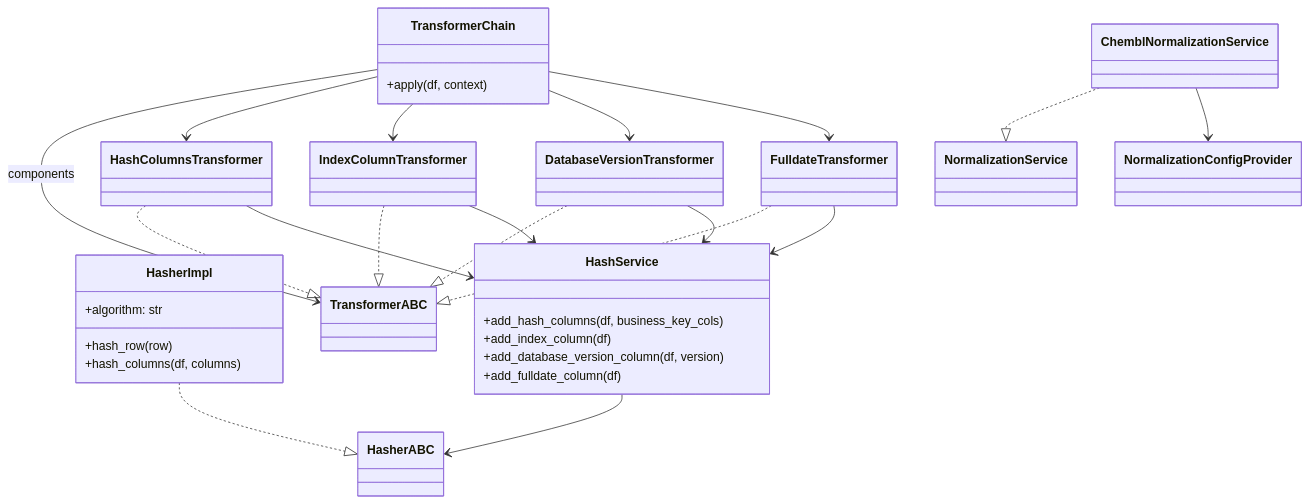
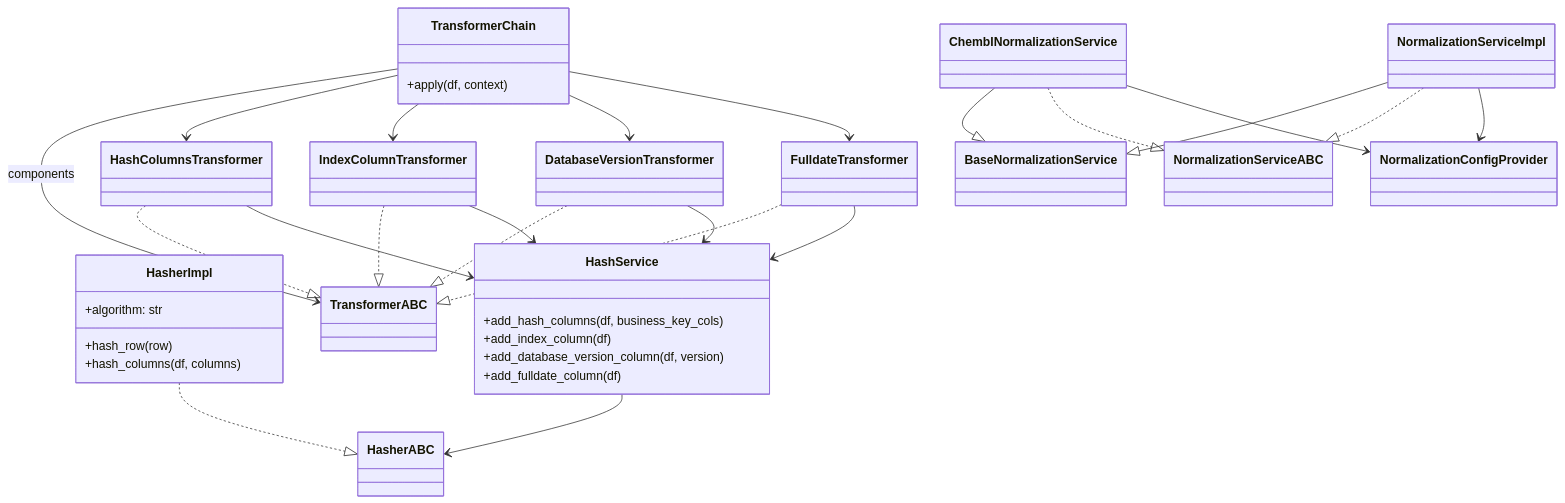
The diagram in docs/architecture/diagrams/class/16-hashing-normalization-classes.mmd (SatoryKono/BioactivityDataAcquisition), drawn with Mermaid before and after one commit. The commit also changed 7 other files, not shown here.

```diff
--- a/docs/architecture/diagrams/class/16-hashing-normalization-classes.mmd
+++ b/docs/architecture/diagrams/class/16-hashing-normalization-classes.mmd
@@ -1,49 +1,55 @@
 ---
 id: 8e1b7c45-0c2f-4e6a-9fd7-26cbdc6b22a2
 ---
 %%{init: {"class": {"domainPrimary": {"fill": "#f5f5f5", "stroke": "#444", "strokeWidth": 1.5, "color": "#111", "fontSize": "22px"}, "domainSecondary": {"fill": "#e3e7ec", "stroke": "#555", "strokeWidth": 1.2, "color": "#111", "fontSize": "18px"}, "interface": {"fill": "#dde7f2", "stroke": "#44546a", "strokeWidth": 1.5, "color": "#111", "fontSize": "22px"}}}}%%
 classDiagram-v2
 
 class HasherABC
 class HasherImpl {
   +algorithm: str
   +hash_row(row)
   +hash_columns(df, columns)
 }
 class HashService {
   +add_hash_columns(df, business_key_cols)
   +add_index_column(df)
   +add_database_version_column(df, version)
   +add_fulldate_column(df)
 }
 
 class TransformerABC
 class TransformerChain {
   +apply(df, context)
 }
 class HashColumnsTransformer
 class IndexColumnTransformer
 class DatabaseVersionTransformer
 class FulldateTransformer
 
-class NormalizationService
+class BaseNormalizationService
+class NormalizationServiceABC
 class ChemblNormalizationService
+class NormalizationServiceImpl
 class NormalizationConfigProvider
 
 HasherImpl ..|> HasherABC
 HashService --> HasherABC
 TransformerChain --> TransformerABC : components
 HashColumnsTransformer ..|> TransformerABC
 IndexColumnTransformer ..|> TransformerABC
 DatabaseVersionTransformer ..|> TransformerABC
 FulldateTransformer ..|> TransformerABC
 TransformerChain --> HashColumnsTransformer
 TransformerChain --> IndexColumnTransformer
 TransformerChain --> DatabaseVersionTransformer
 TransformerChain --> FulldateTransformer
-ChemblNormalizationService ..|> NormalizationService
+ChemblNormalizationService --|> BaseNormalizationService
+NormalizationServiceImpl --|> BaseNormalizationService
+ChemblNormalizationService ..|> NormalizationServiceABC
+NormalizationServiceImpl ..|> NormalizationServiceABC
 ChemblNormalizationService --> NormalizationConfigProvider
+NormalizationServiceImpl --> NormalizationConfigProvider
 HashColumnsTransformer --> HashService
 IndexColumnTransformer --> HashService
 DatabaseVersionTransformer --> HashService
 FulldateTransformer --> HashService
```
